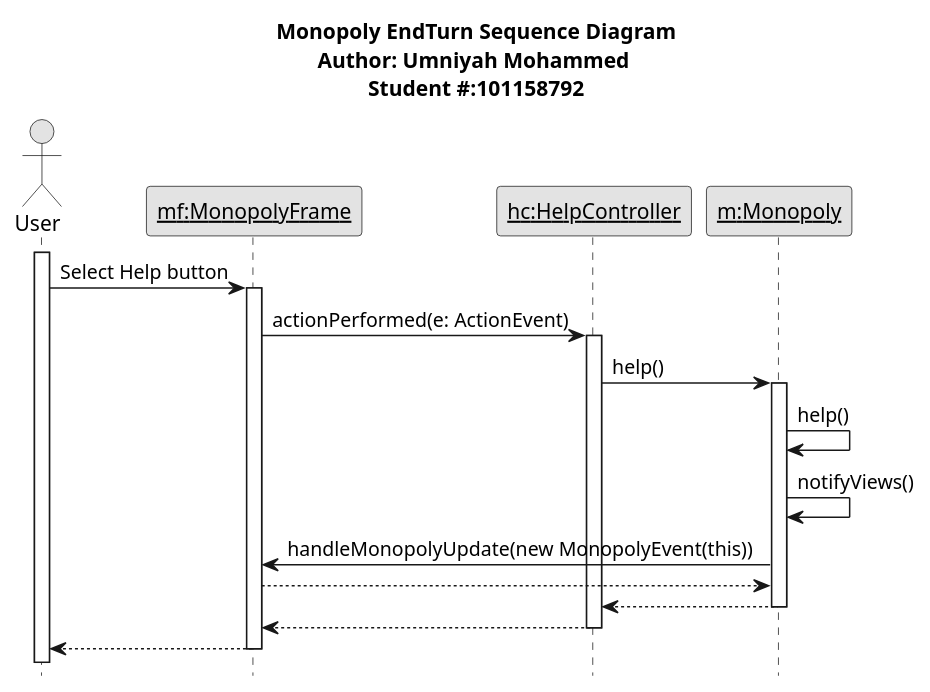
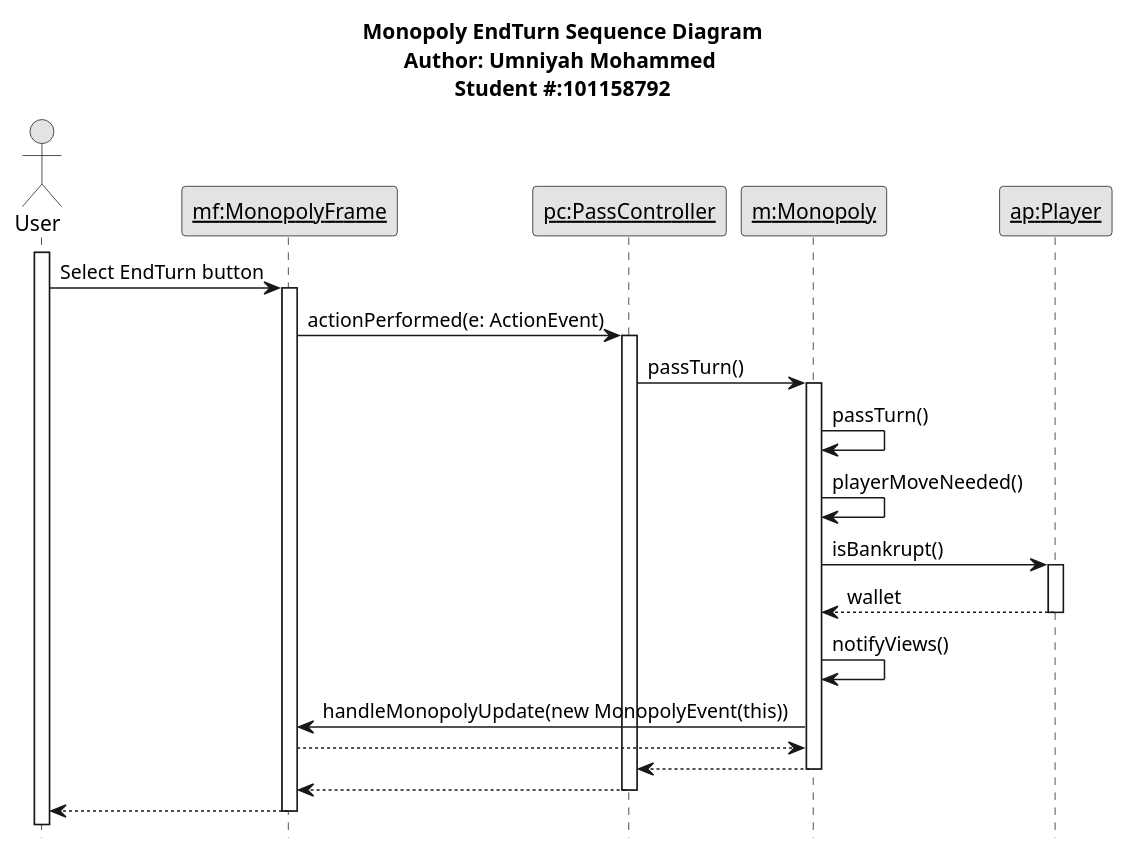
Before and after one commit to MiniEinsteinD/MonopolyGame: the diagram in out/production/Monopoly6/Monopoly EndTurn Sequence Diagram.puml, drawn with PlantUML. The commit also changed 3 other files, not shown here.

```diff
--- a/out/production/Monopoly6/Monopoly EndTurn Sequence Diagram.puml
+++ b/out/production/Monopoly6/Monopoly EndTurn Sequence Diagram.puml
@@ -1,36 +1,44 @@
 @startuml Monopoly EndTurn Sequence Diagram
 
 title Monopoly EndTurn Sequence Diagram\nAuthor: Umniyah Mohammed \nStudent #:101158792
 
 hide footbox
 skinparam monochrome true
 
 actor User as User
 participant "<u>mf:MonopolyFrame" as mf
-participant "<u>hc:HelpController" as hc
+participant "<u>pc:PassController" as pc
 participant "<u>m:Monopoly" as m
+participant "<u>ap:Player" as ap
 
 activate User
 
-User -> mf: Select Help button
+User -> mf: Select EndTurn button
 activate mf
 
-mf -> hc: actionPerformed(e: ActionEvent)
-activate hc
+mf -> pc: actionPerformed(e: ActionEvent)
+activate pc
 
-hc -> m: help()
+pc -> m: passTurn()
 activate m
 
-m -> m: help()
+m -> m: passTurn()
+m -> m: playerMoveNeeded()
+
+m -> ap: isBankrupt()
+activate ap
+ap --> m: wallet
+deactivate ap
+
 m -> m: notifyViews()
 m -> mf: handleMonopolyUpdate(new MonopolyEvent(this))
 mf --> m
-m --> hc
+m --> pc
 deactivate m
 
-hc --> mf
-deactivate hc
+pc --> mf
+deactivate pc
 
 mf --> User
 deactivate mf
 @enduml
```
